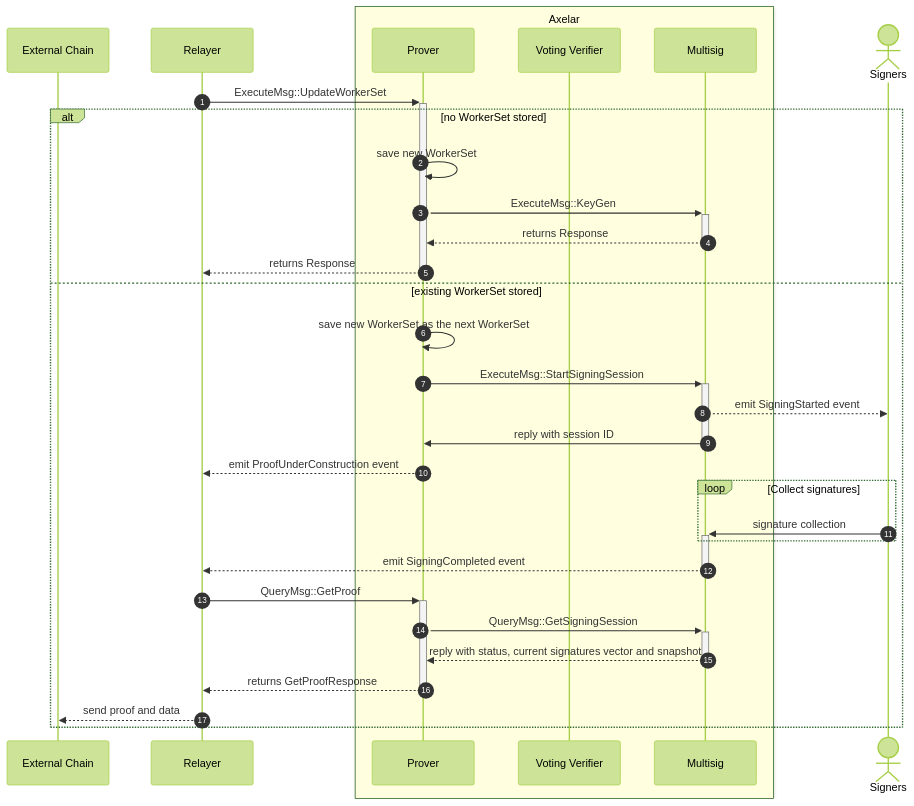
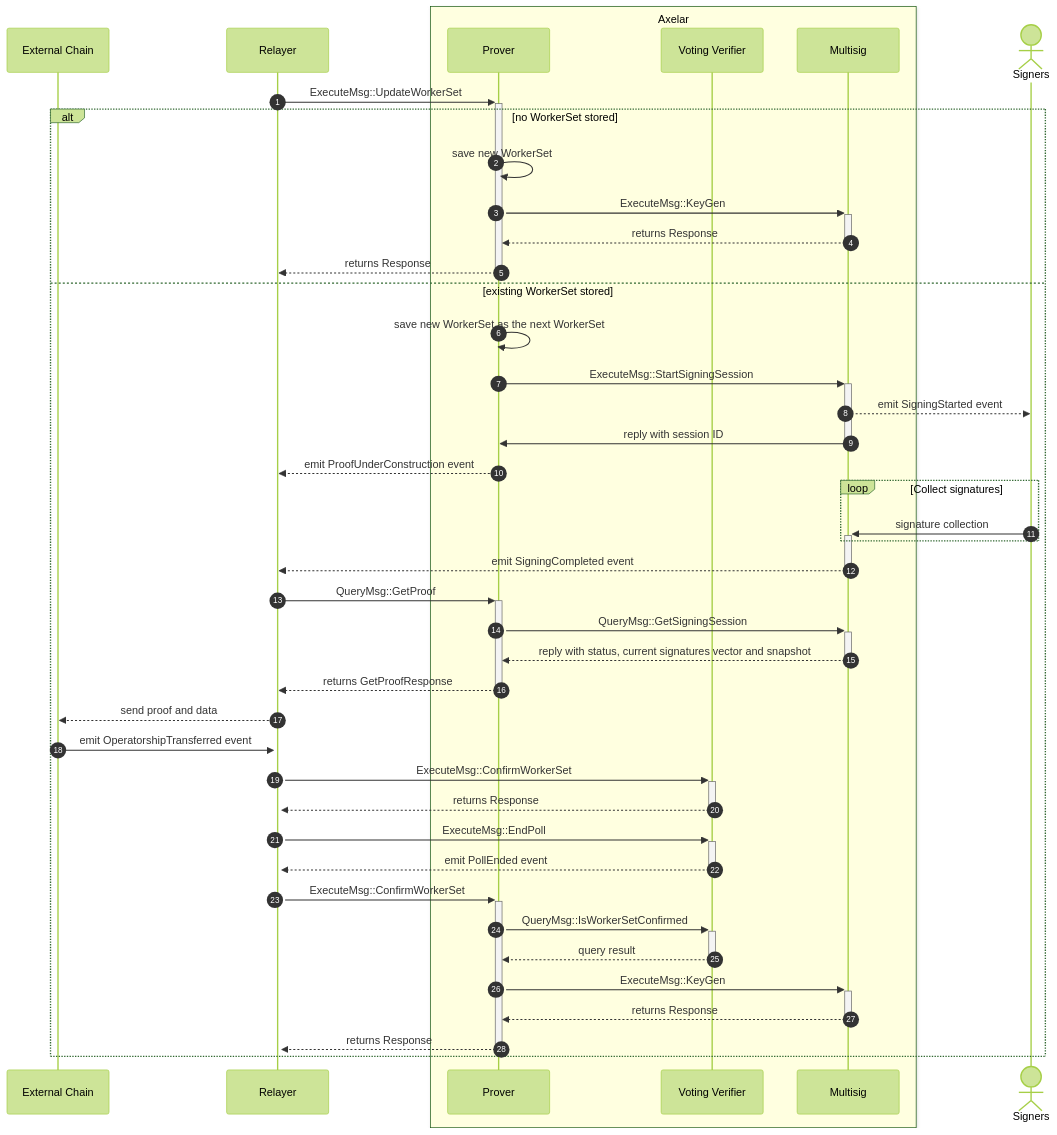
The third of 3 diagrams in doc/src/contracts/multisig_prover.md (axelarnetwork/axelar-amplifier), drawn with Mermaid (forest theme) before and after one commit.

Commit message:
PRETTY PLEASE???

````diff
--- a/doc/src/contracts/multisig_prover.md
+++ b/doc/src/contracts/multisig_prover.md
@@ -82,34 +82,45 @@
 ```mermaid
 sequenceDiagram
 autonumber
 participant External Chain
 participant Relayer
 box LightYellow Axelar
 participant Prover
 participant Voting Verifier
 participant Multisig
 end
 actor Signers
 Relayer->>+Prover: ExecuteMsg::UpdateWorkerSet
 alt no WorkerSet stored
   Prover->>Prover: save new WorkerSet
   Prover->>+Multisig: ExecuteMsg::KeyGen
   Multisig-->>-Prover: returns Response
   Prover-->>-Relayer: returns Response
 else existing WorkerSet stored
   Prover->>Prover: save new WorkerSet as the next WorkerSet
   Prover->>+Multisig: ExecuteMsg::StartSigningSession
   Multisig-->>Signers: emit SigningStarted event
   Multisig->>-Prover: reply with session ID
   Prover-->>Relayer: emit ProofUnderConstruction event
   loop Collect signatures
 	  Signers->>+Multisig: signature collection
   end
   Multisig-->>-Relayer: emit SigningCompleted event
   Relayer->>+Prover: QueryMsg::GetProof
   Prover->>+Multisig: QueryMsg::GetSigningSession
   Multisig-->>-Prover: reply with status, current signatures vector and snapshot
   Prover-->>-Relayer: returns GetProofResponse
   Relayer-->>External Chain: send proof and data
+  External Chain->>+Relayer: emit OperatorshipTransferred event
+  Relayer->>+Voting Verifier: ExecuteMsg::ConfirmWorkerSet
+  Voting Verifier-->>-Relayer: returns Response
+  Relayer->>+Voting Verifier: ExecuteMsg::EndPoll
+  Voting Verifier-->>-Relayer: emit PollEnded event
+  Relayer->>+Prover: ExecuteMsg::ConfirmWorkerSet
+  Prover->>+Voting Verifier: QueryMsg::IsWorkerSetConfirmed
+  Voting Verifier-->>-Prover: query result
+  Prover->>+Multisig: ExecuteMsg::KeyGen
+  Multisig-->>-Prover: returns Response
+  Prover-->>-Relayer: returns Response
 end
 ```
````
